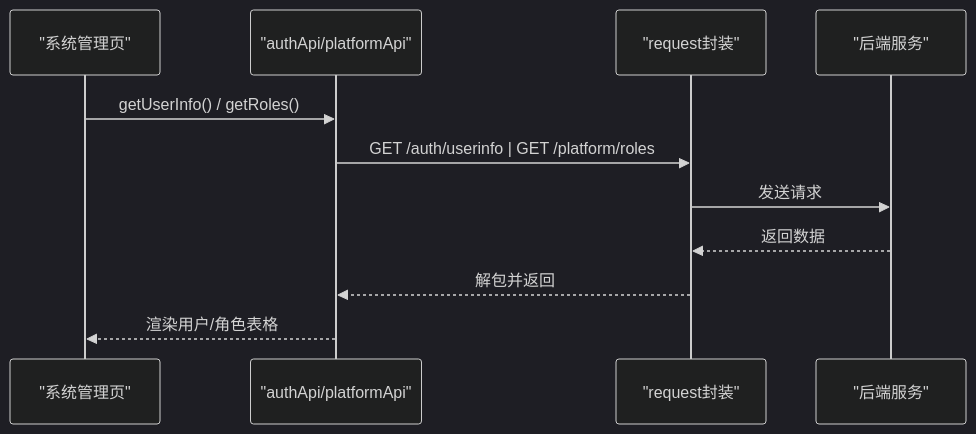
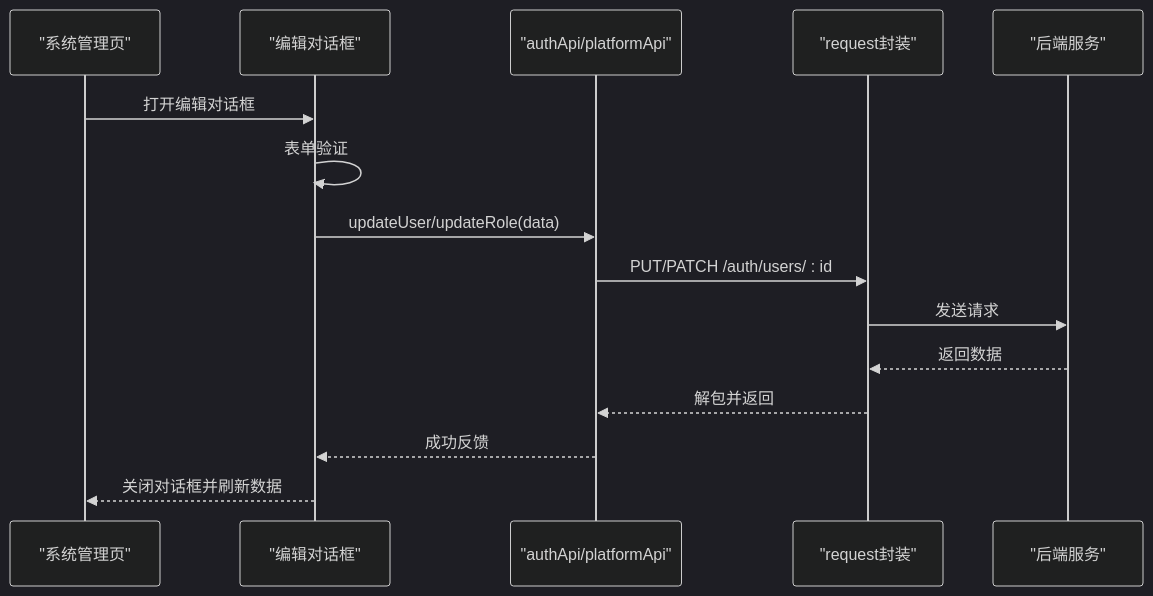
Before and after one commit to q446328246/agri-platform: diagram 12 of 14 in .qoder/repowiki/zh/content/前端应用文档/前端应用文档.md, drawn with Mermaid (dark theme). The commit also changed other lines of this file and 37 other files, not shown here.

````diff
--- a/.qoder/repowiki/zh/content/前端应用文档/前端应用文档.md
+++ b/.qoder/repowiki/zh/content/前端应用文档/前端应用文档.md
@@ -433,13 +514,17 @@
 ```mermaid
 sequenceDiagram
 participant View as "系统管理页"
+participant Dialog as "编辑对话框"
 participant API as "authApi/platformApi"
 participant HTTP as "request封装"
 participant Server as "后端服务"
-View->>API : getUserInfo() / getRoles()
-API->>HTTP : GET /auth/userinfo | GET /platform/roles
+View->>Dialog : 打开编辑对话框
+Dialog->>Dialog : 表单验证
+Dialog->>API : updateUser/updateRole(data)
+API->>HTTP : PUT/PATCH /auth/users/ : id
 HTTP->>Server : 发送请求
 Server-->>HTTP : 返回数据
 HTTP-->>API : 解包并返回
-API-->>View : 渲染用户/角色表格
+API-->>Dialog : 成功反馈
+Dialog-->>View : 关闭对话框并刷新数据
 ```
````
